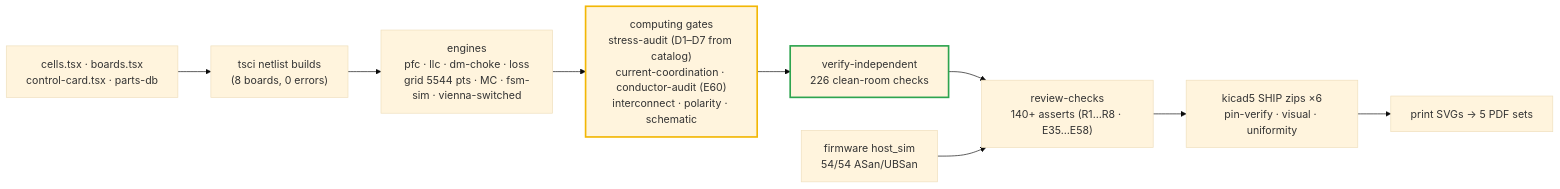
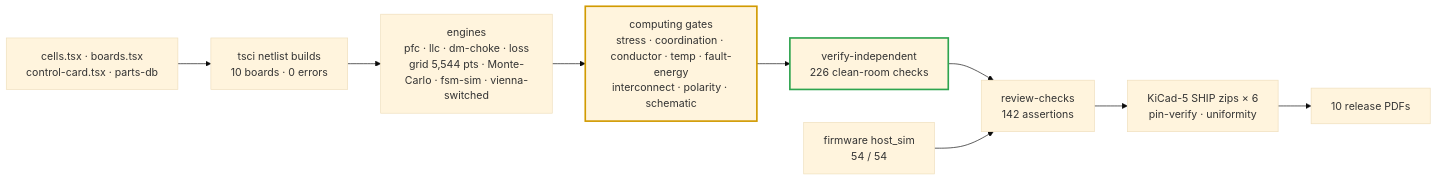
One commit to vectivolt/DC-Modules changed the diagram in docs/verification-matrix.md. Above: the diagram before and after it, drawn with Mermaid (base theme). The commit also changed other lines of this file and 98 other files, not shown here.

````diff
--- a/docs/verification-matrix.md
+++ b/docs/verification-matrix.md
@@ -26,13 +38,13 @@
 ```mermaid
 flowchart LR
-  SRC["cells.tsx · boards.tsx<br/>control-card.tsx · parts-db"] --> BUILD["tsci netlist builds<br/>(8 boards, 0 errors)"]
-  BUILD --> ENG["engines<br/>pfc · llc · dm-choke · loss<br/>grid 5544 pts · MC · fsm-sim · vienna-switched"]
-  ENG --> GATES["computing gates<br/>stress-audit (D1–D7 from catalog)<br/>current-coordination · conductor-audit (E60)<br/>interconnect · polarity · schematic"]
+  SRC["cells.tsx · boards.tsx<br/>control-card.tsx · parts-db"] --> BUILD["tsci netlist builds<br/>10 boards · 0 errors"]
+  BUILD --> ENG["engines<br/>pfc · llc · dm-choke · loss<br/>grid 5,544 pts · Monte-Carlo · fsm-sim · vienna-switched"]
+  ENG --> GATES["computing gates<br/>stress · coordination · conductor · temp · fault-energy<br/>interconnect · polarity · schematic"]
   GATES --> IND["verify-independent<br/>226 clean-room checks"]
-  IND --> REV["review-checks<br/>140+ asserts (R1…R8 · E35…E58)"]
-  REV --> SHIP["kicad5 SHIP zips ×6<br/>pin-verify · visual · uniformity"]
-  SHIP --> PDF["print SVGs → 5 PDF sets"]
-  FW["firmware host_sim<br/>54/54 ASan/UBSan"] --> REV
-  style GATES stroke:#f2b705,stroke-width:2.5px
+  IND --> REV["review-checks<br/>142 assertions"]
+  REV --> SHIP["KiCad-5 SHIP zips × 6<br/>pin-verify · uniformity"]
+  SHIP --> PDF["10 release PDFs"]
+  FW["firmware host_sim<br/>54 / 54"] --> REV
+  style GATES stroke:#d19a00,stroke-width:2.5px
   style IND stroke:#2ea44f,stroke-width:2.5px
 ```
````
